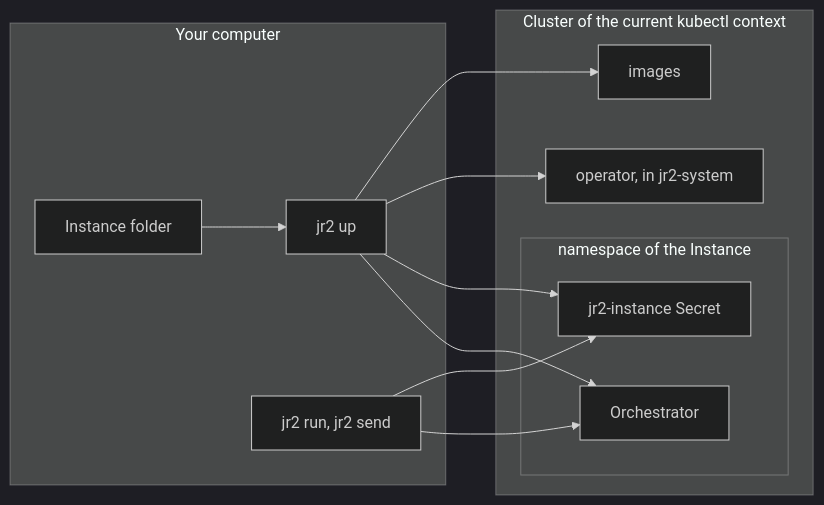
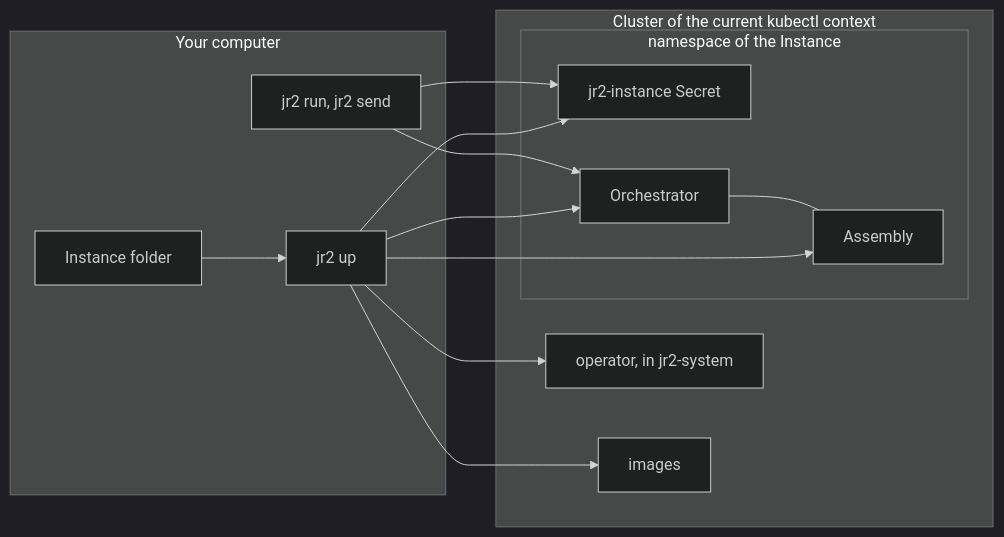
One commit to snapwich/jr2 changed the diagram in docs/site/concepts/converge.md. Above: the diagram before and after it, drawn with Mermaid (dark theme). The commit also changed other lines of this file and 19 other files, not shown here.

````diff
--- a/docs/site/concepts/converge.md
+++ b/docs/site/concepts/converge.md
@@ -29,23 +29,26 @@
 ```mermaid
 flowchart LR
   subgraph computer["Your computer"]
     folder["Instance folder"]
     up["jr2 up"]
     use["jr2 run, jr2 send"]
   end
   subgraph cluster["Cluster of the current kubectl context"]
     operator["operator, in jr2-system"]
     images["images"]
     subgraph ns["namespace of the Instance"]
       secret["jr2-instance Secret"]
       orch["Orchestrator"]
+      assembly["Assembly"]
     end
   end
   folder --> up
   up --> images
   up --> operator
   up --> secret
   up --> orch
+  up --> assembly
+  orch --- assembly
   use --> secret
   use --> orch
 ```
````
